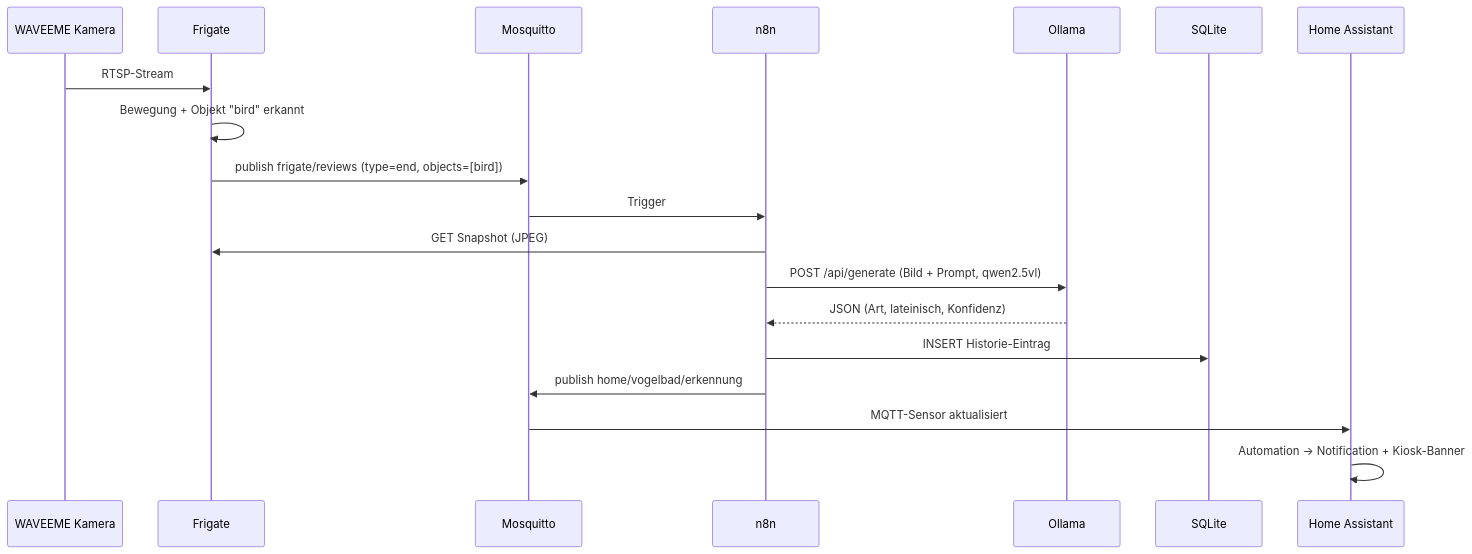
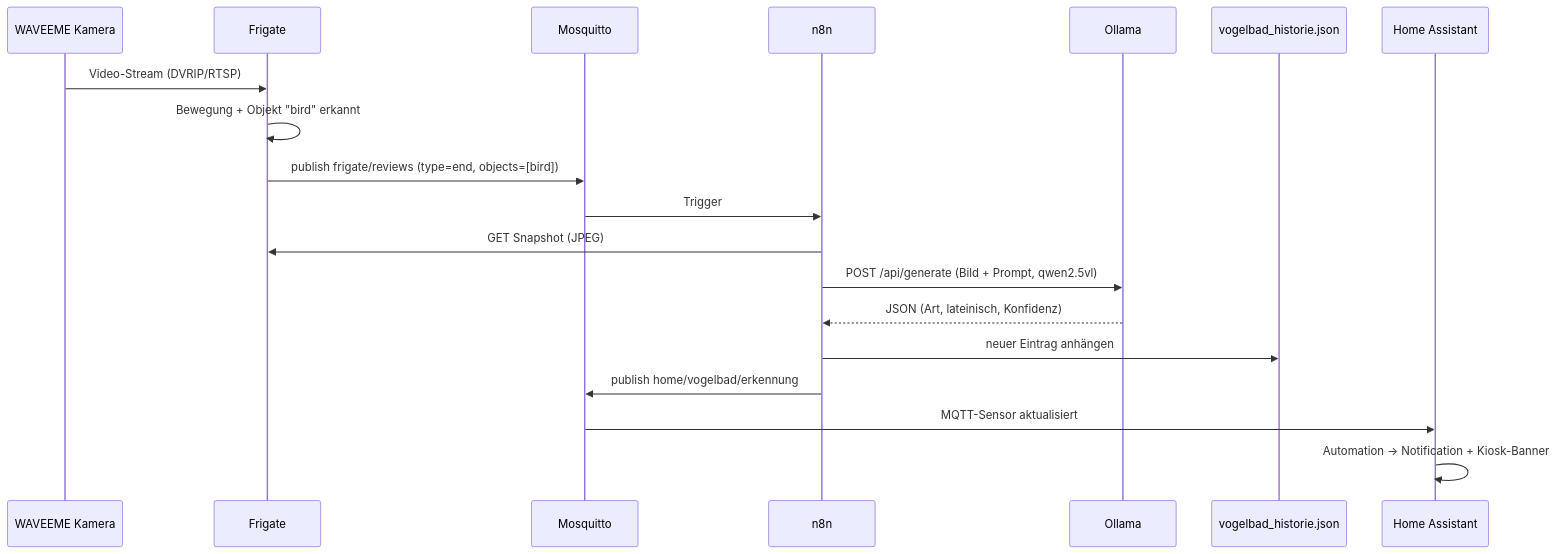
The diagram in docs/setup.md (icepaule/IceBirdwatch), drawn with Mermaid before and after one commit. The commit also changed other lines of this file and 7 other files, not shown here.

````diff
--- a/docs/setup.md
+++ b/docs/setup.md
@@ -5,22 +10,22 @@
 ```mermaid
 sequenceDiagram
     participant Cam as WAVEEME Kamera
     participant Frigate
     participant MQTT as Mosquitto
     participant n8n
     participant Ollama
-    participant DB as SQLite
+    participant JSON as vogelbad_historie.json
     participant HA as Home Assistant
 
-    Cam->>Frigate: RTSP-Stream
+    Cam->>Frigate: Video-Stream (DVRIP/RTSP)
     Frigate->>Frigate: Bewegung + Objekt "bird" erkannt
     Frigate->>MQTT: publish frigate/reviews (type=end, objects=[bird])
     MQTT->>n8n: Trigger
     n8n->>Frigate: GET Snapshot (JPEG)
     n8n->>Ollama: POST /api/generate (Bild + Prompt, qwen2.5vl)
     Ollama-->>n8n: JSON (Art, lateinisch, Konfidenz)
-    n8n->>DB: INSERT Historie-Eintrag
+    n8n->>JSON: neuer Eintrag anhängen
     n8n->>MQTT: publish home/vogelbad/erkennung
     MQTT->>HA: MQTT-Sensor aktualisiert
     HA->>HA: Automation -> Notification + Kiosk-Banner
 ```
````
